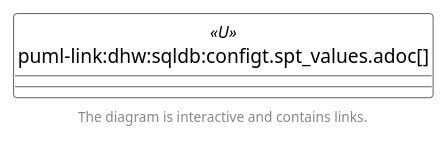
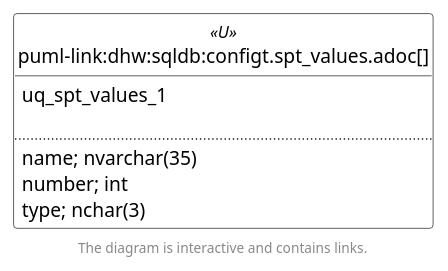
Before and after one commit to DataHandwerk/dhw-antora-sqldb: the second of 6 diagrams in docs/modules/sqldb/partials/content/configt.spt_values.adoc, drawn with PlantUML. The commit also changed other lines of this file and 751 other files, not shown here.

```diff
--- a/docs/modules/sqldb/partials/content/configt.spt_values.adoc
+++ b/docs/modules/sqldb/partials/content/configt.spt_values.adoc
@@ -592,40 +605,45 @@
 [plantuml, entity_1_1_fk-{docname}, svg, subs=macros]
 ....
 @startuml
 left to right direction
 'top to bottom direction
 hide circle
 'avoide "." issues:
 set namespaceSeparator none
 
 
 skinparam class {
   BackgroundColor White
   BackgroundColor<<FN>> Yellow
   BackgroundColor<<FS>> Yellow
   BackgroundColor<<FT>> LightGray
   BackgroundColor<<IF>> Yellow
   BackgroundColor<<IS>> Yellow
   BackgroundColor<<P>>  Aqua
   BackgroundColor<<PC>> Aqua
   BackgroundColor<<SN>> Yellow
   BackgroundColor<<SO>> SlateBlue
   BackgroundColor<<TF>> LightGray
   BackgroundColor<<TR>> Tomato
   BackgroundColor<<U>>  White
   BackgroundColor<<V>>  WhiteSmoke
   BackgroundColor<<X>>  Aqua
   BackgroundColor<<external>> AliceBlue
 }
 
 
 entity "puml-link:dhw:sqldb:configt.spt_values.adoc[]" as configT.spt_values << U >> {
+uq_spt_values_1
 
+..
+name; nvarchar(35)
+number; int
+type; nchar(3)
 }
 
 
 
 footer The diagram is interactive and contains links.
 
 @enduml
 ....
```
